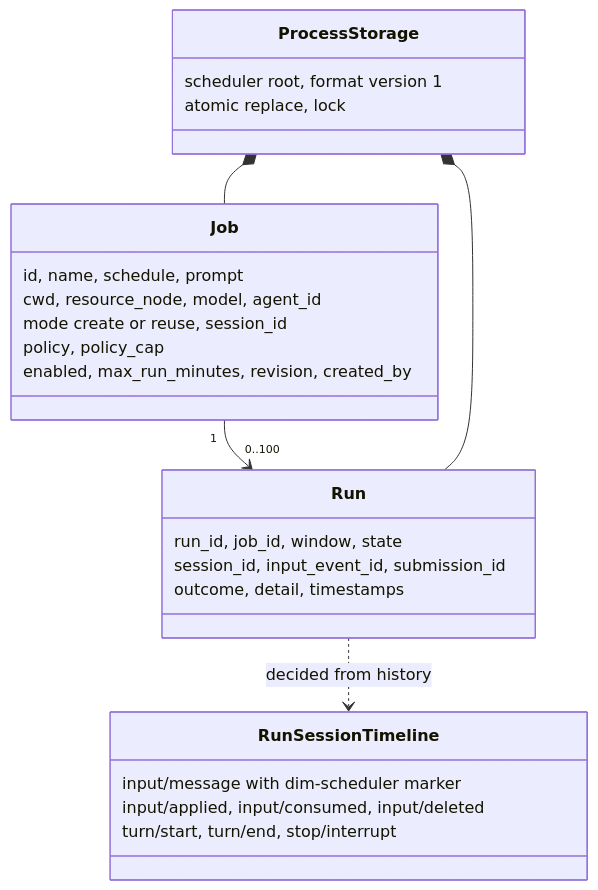
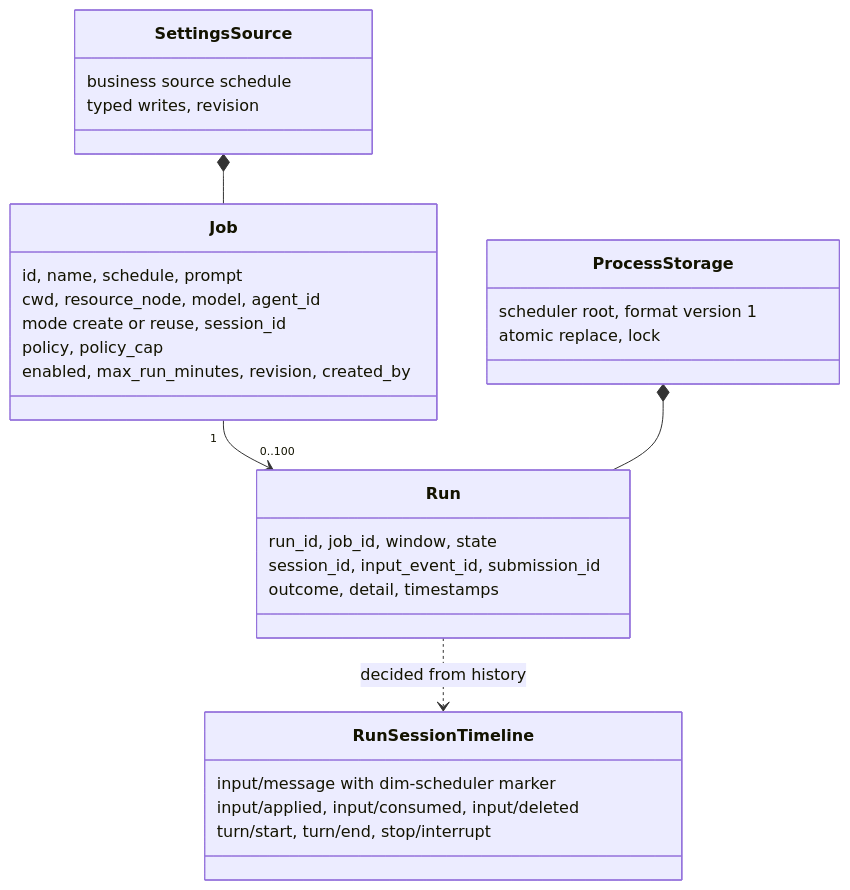
The second of 6 diagrams in docs/design/plugins/Scheduler.md (CoutinhoTTS/dim-agent), drawn with Mermaid before and after one commit. The commit also changed other lines of this file and 40 other files, not shown here.

````diff
--- a/docs/design/plugins/Scheduler.md
+++ b/docs/design/plugins/Scheduler.md
@@ -49,28 +51,32 @@
 ```mermaid
 classDiagram
   class Job {
     id, name, schedule, prompt
     cwd, resource_node, model, agent_id
     mode create or reuse, session_id
     policy, policy_cap
     enabled, max_run_minutes, revision, created_by
   }
   class Run {
     run_id, job_id, window, state
     session_id, input_event_id, submission_id
     outcome, detail, timestamps
   }
+  class SettingsSource {
+    business source schedule
+    typed writes, revision
+  }
   class ProcessStorage {
     scheduler root, format version 1
     atomic replace, lock
   }
   class RunSessionTimeline {
     input/message with dim-scheduler marker
     input/applied, input/consumed, input/deleted
     turn/start, turn/end, stop/interrupt
   }
   Job "1" --> "0..100" Run
-  ProcessStorage *-- Job
+  SettingsSource *-- Job
   ProcessStorage *-- Run
   Run ..> RunSessionTimeline : decided from history
 ```
````
